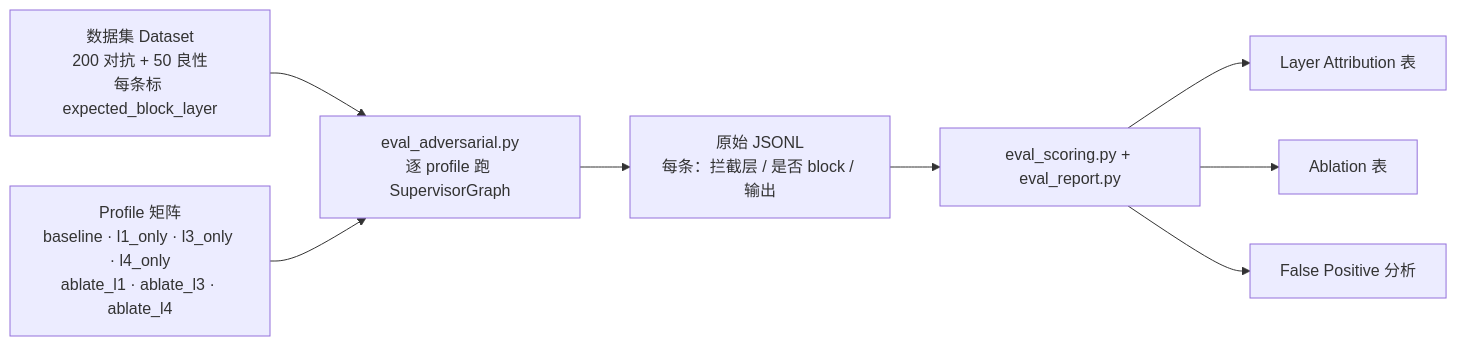
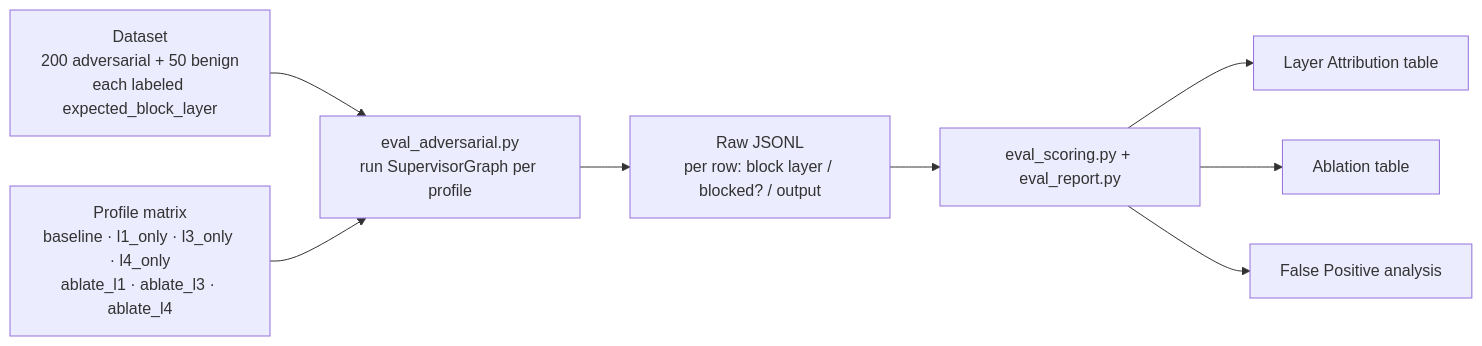
Before and after one commit to AndyUneducated/resolve-ai: the diagram in docs/milestone-5-plan.md, drawn with Mermaid. The commit also changed other lines of this file and 79 other files, not shown here.

````diff
--- a/docs/milestone-5-plan.md
+++ b/docs/milestone-5-plan.md
@@ -24,11 +24,11 @@
 ```mermaid
 flowchart LR
-  ds["数据集 Dataset<br/>200 对抗 + 50 良性<br/>每条标 expected_block_layer"] --> runner
-  runner["eval_adversarial.py<br/>逐 profile 跑 SupervisorGraph"]
-  profiles["Profile 矩阵<br/>baseline · l1_only · l3_only · l4_only<br/>ablate_l1 · ablate_l3 · ablate_l4"] --> runner
-  runner --> raw["原始 JSONL<br/>每条：拦截层 / 是否 block / 输出"]
+  ds["Dataset<br/>200 adversarial + 50 benign<br/>each labeled expected_block_layer"] --> runner
+  runner["eval_adversarial.py<br/>run SupervisorGraph per profile"]
+  profiles["Profile matrix<br/>baseline · l1_only · l3_only · l4_only<br/>ablate_l1 · ablate_l3 · ablate_l4"] --> runner
+  runner --> raw["Raw JSONL<br/>per row: block layer / blocked? / output"]
   raw --> scorer["eval_scoring.py + eval_report.py"]
-  scorer --> t1["Layer Attribution 表"]
-  scorer --> t2["Ablation 表"]
-  scorer --> t3["False Positive 分析"]
+  scorer --> t1["Layer Attribution table"]
+  scorer --> t2["Ablation table"]
+  scorer --> t3["False Positive analysis"]
 ```
````
